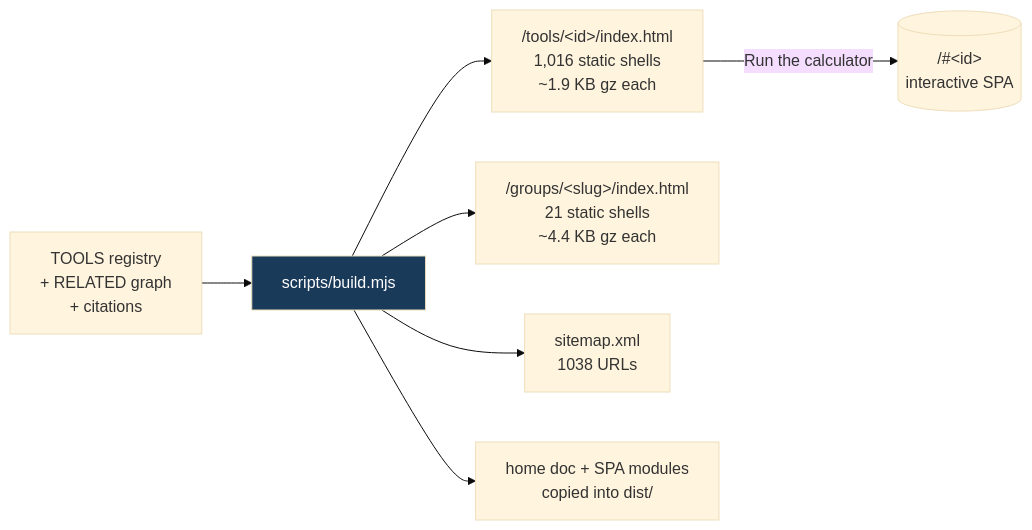
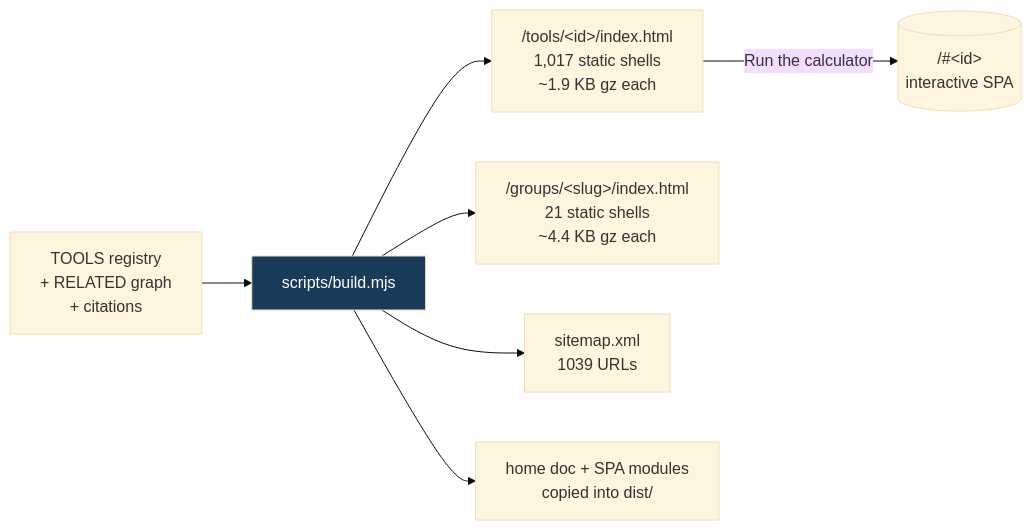
Before and after one commit to clay-good/roughlogic.com: the fifth of 8 diagrams in README.md, drawn with Mermaid (base theme). The commit also changed other lines of this file and 14 other files, not shown here.

````diff
--- a/README.md
+++ b/README.md
@@ -495,10 +495,10 @@
 ```mermaid
 flowchart LR
     SRC[TOOLS registry\n+ RELATED graph\n+ citations] --> BUILD[scripts/build.mjs]
-    BUILD --> TILE["/tools/&lt;id&gt;/index.html\n1,016 static shells\n~1.9 KB gz each"]
+    BUILD --> TILE["/tools/&lt;id&gt;/index.html\n1,017 static shells\n~1.9 KB gz each"]
     BUILD --> GROUP["/groups/&lt;slug&gt;/index.html\n21 static shells\n~4.4 KB gz each"]
-    BUILD --> MAP["sitemap.xml\n1038 URLs"]
+    BUILD --> MAP["sitemap.xml\n1039 URLs"]
     BUILD --> COPY[home doc + SPA modules\ncopied into dist/]
     TILE -->|Run the calculator| SPA[("/#&lt;id&gt;\ninteractive SPA")]
     style BUILD fill:#1a3a5a,color:#fff
 ```
````
